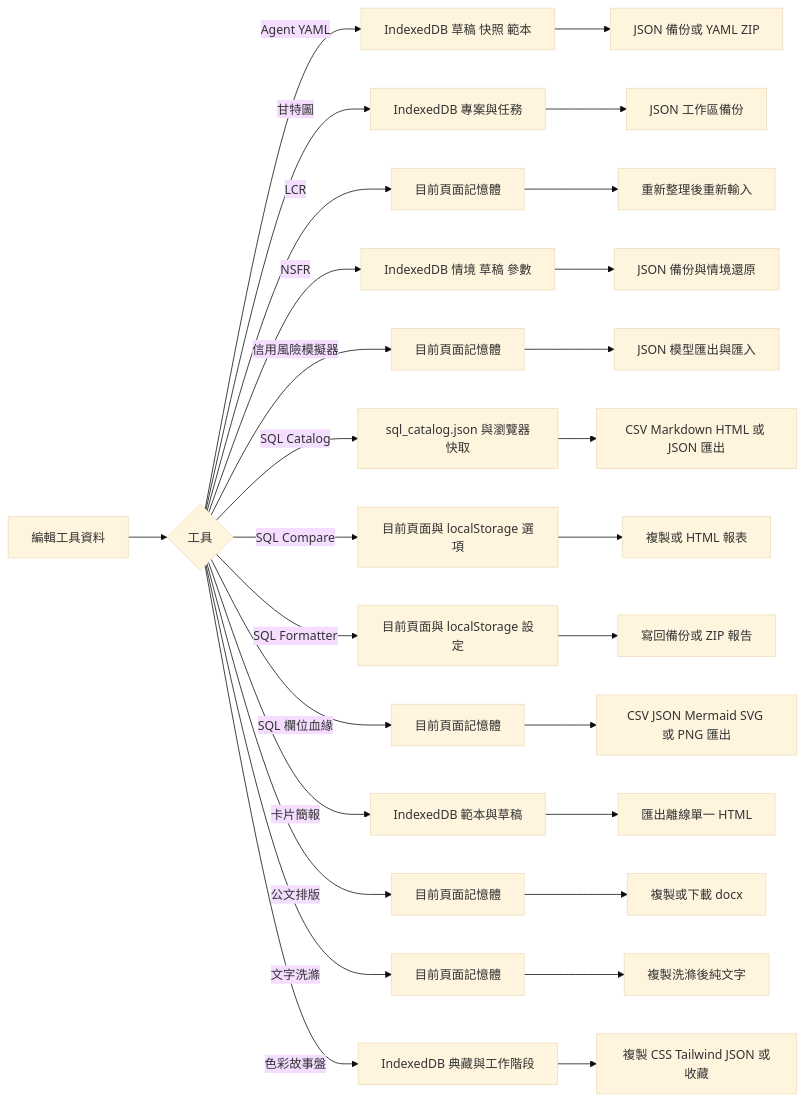
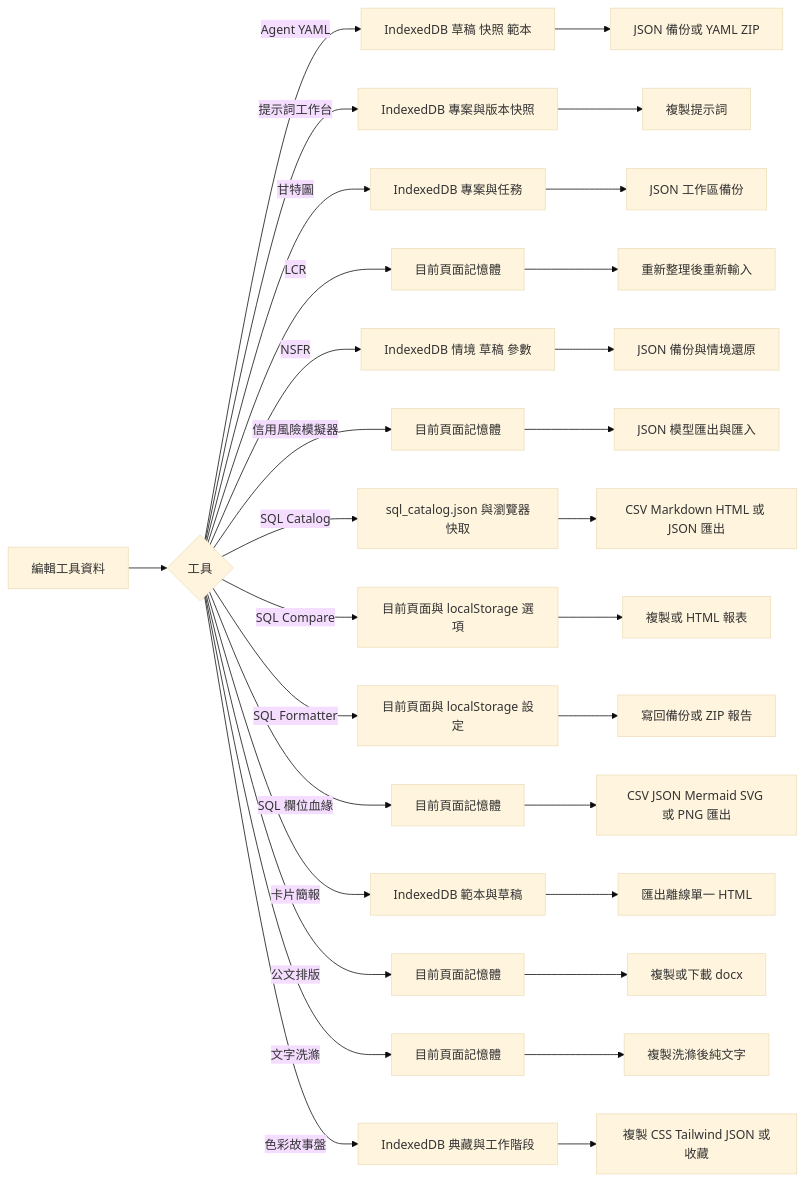
Before and after one commit to DunkLiao/my-spa-tools: diagram 15 of 15 in README.md, drawn with Mermaid (base theme). The commit also changed other lines of this file and 3 other files, not shown here.

````diff
--- a/README.md
+++ b/README.md
@@ -714,30 +754,32 @@
 ```mermaid
 flowchart LR
     A[編輯工具資料] --> B{工具}
     B -->|Agent YAML| C[IndexedDB 草稿 快照 範本]
+    B -->|提示詞工作台| AE[IndexedDB 專案與版本快照]
     B -->|甘特圖| D[IndexedDB 專案與任務]
     B -->|LCR| E[目前頁面記憶體]
     B -->|NSFR| K[IndexedDB 情境 草稿 參數]
     B -->|信用風險模擬器| U[目前頁面記憶體]
     B -->|SQL Catalog| I[sql_catalog.json 與瀏覽器快取]
     B -->|SQL Compare| M[目前頁面與 localStorage 選項]
     B -->|SQL Formatter| N[目前頁面與 localStorage 設定]
     B -->|SQL 欄位血緣| R[目前頁面記憶體]
     B -->|卡片簡報| W[IndexedDB 範本與草稿]
     B -->|公文排版| Y[目前頁面記憶體]
     B -->|文字洗滌| AC[目前頁面記憶體]
     B -->|色彩故事盤| AA[IndexedDB 典藏與工作階段]
     C --> F[JSON 備份或 YAML ZIP]
     D --> G[JSON 工作區備份]
     E --> H[重新整理後重新輸入]
     K --> L[JSON 備份與情境還原]
     U --> V[JSON 模型匯出與匯入]
     I --> J[CSV Markdown HTML 或 JSON 匯出]
     M --> O[複製或 HTML 報表]
     N --> P[寫回備份或 ZIP 報告]
     R --> S[CSV JSON Mermaid SVG 或 PNG 匯出]
     W --> X[匯出離線單一 HTML]
     Y --> Z[複製或下載 docx]
     AC --> AD[複製洗滌後純文字]
     AA --> AB[複製 CSS Tailwind JSON 或收藏]
+    AE --> AF[複製提示詞]
 ```
````
